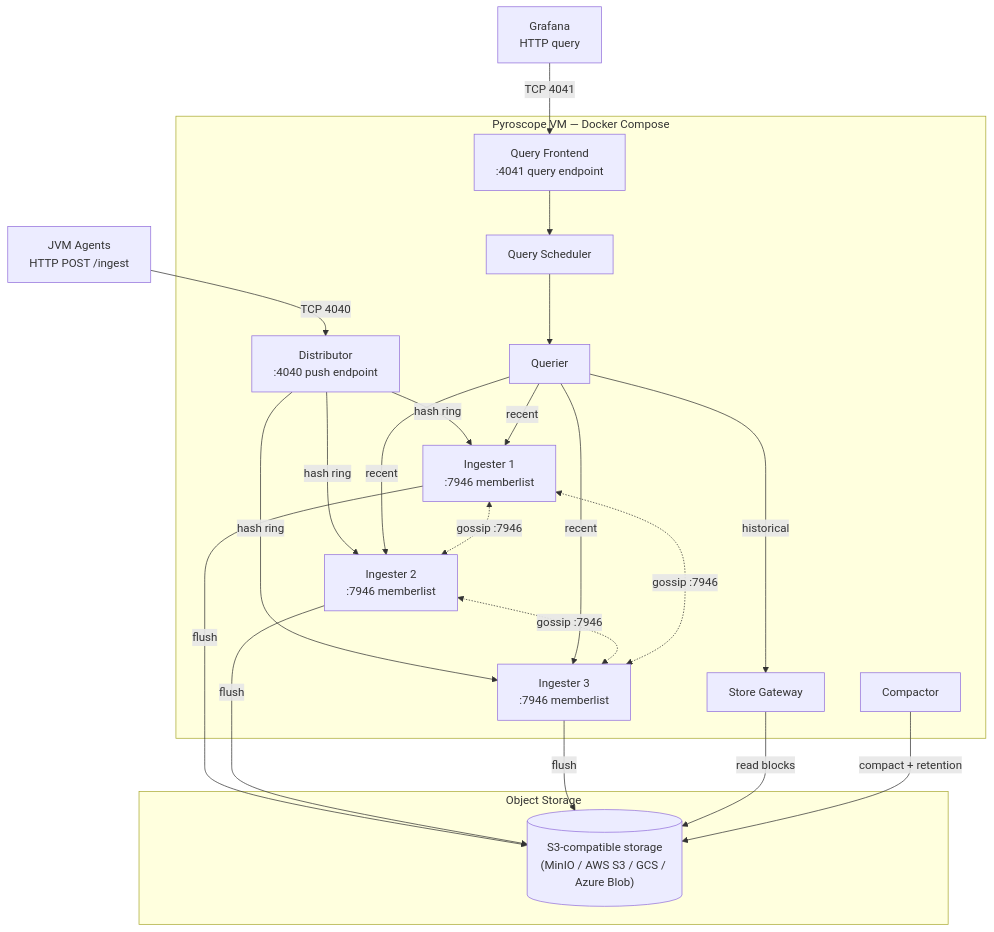
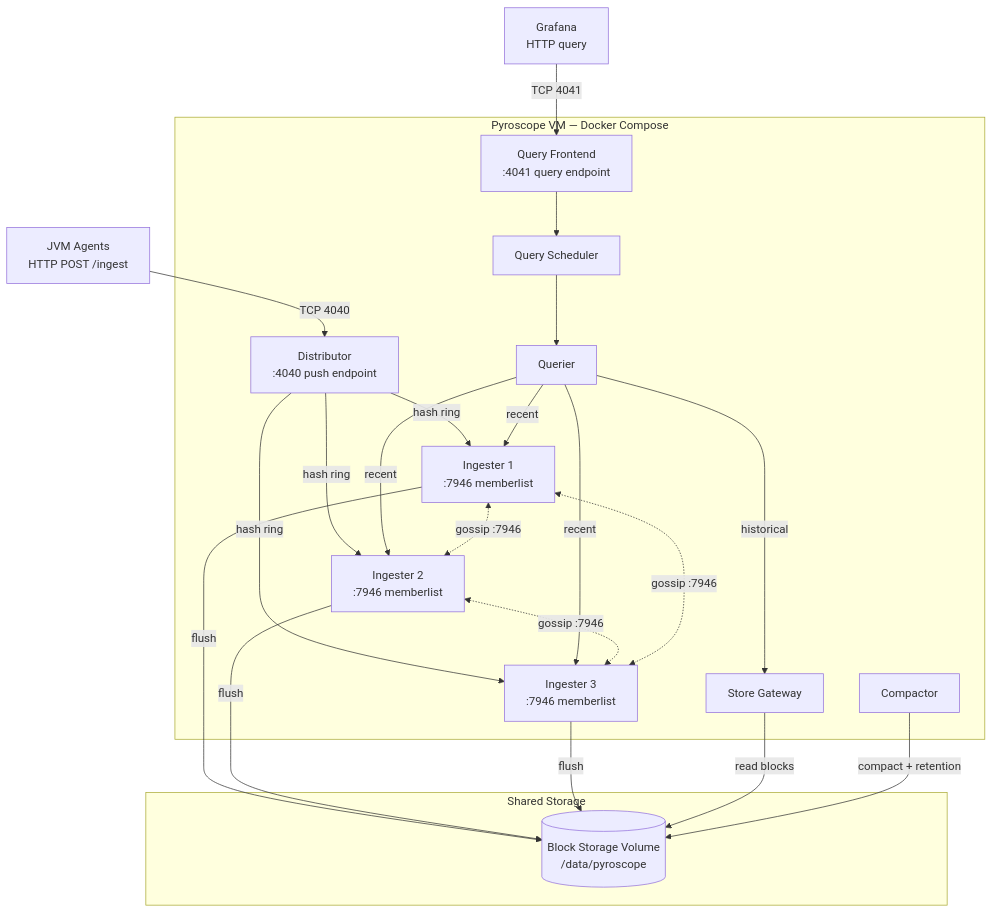
The sixth of 12 diagrams in docs/architecture.md (aff0gat000/pyroscope), drawn with Mermaid before and after one commit. The commit also changed other lines of this file and 32 other files, not shown here.

````diff
--- a/docs/architecture.md
+++ b/docs/architecture.md
@@ -337,44 +391,44 @@
 ```mermaid
 graph TB
     Agent["JVM Agents<br/>HTTP POST /ingest"]
     Grafana["Grafana<br/>HTTP query"]
 
     subgraph "Pyroscope VM — Docker Compose"
         DIST["Distributor<br/>:4040 push endpoint"]
         ING1["Ingester 1<br/>:7946 memberlist"]
         ING2["Ingester 2<br/>:7946 memberlist"]
         ING3["Ingester 3<br/>:7946 memberlist"]
         QF["Query Frontend<br/>:4041 query endpoint"]
         QS["Query Scheduler"]
         Q["Querier"]
         SG["Store Gateway"]
         C["Compactor"]
 
         DIST -->|"hash ring"| ING1
         DIST -->|"hash ring"| ING2
         DIST -->|"hash ring"| ING3
 
         QF --> QS --> Q
         Q -->|"recent"| ING1
         Q -->|"recent"| ING2
         Q -->|"recent"| ING3
         Q -->|"historical"| SG
 
         ING1 <-.->|"gossip :7946"| ING2
         ING2 <-.->|"gossip :7946"| ING3
         ING3 <-.->|"gossip :7946"| ING1
     end
 
-    subgraph "Object Storage"
-        S3[("S3-compatible storage<br/>(MinIO / AWS S3 / GCS / Azure Blob)")]
+    subgraph "Shared Storage"
+        BS[("Block Storage Volume<br/>/data/pyroscope")]
     end
 
     Agent -->|"TCP 4040"| DIST
     Grafana -->|"TCP 4041"| QF
 
-    ING1 -->|"flush"| S3
-    ING2 -->|"flush"| S3
-    ING3 -->|"flush"| S3
-    SG -->|"read blocks"| S3
-    C -->|"compact + retention"| S3
+    ING1 -->|"flush"| BS
+    ING2 -->|"flush"| BS
+    ING3 -->|"flush"| BS
+    SG -->|"read blocks"| BS
+    C -->|"compact + retention"| BS
 ```
````
